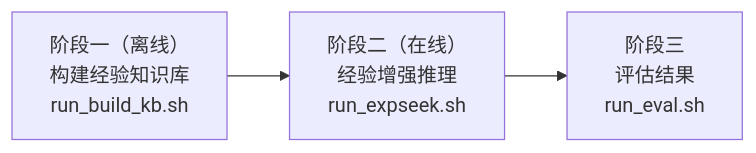
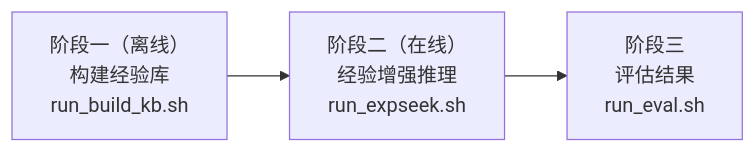
The diagram in doc/expseek_documentation_zh.md (WYRipple/ExpSeek), drawn with Mermaid before and after one commit. The commit also changed other lines of this file, not shown here.

````diff
--- a/doc/expseek_documentation_zh.md
+++ b/doc/expseek_documentation_zh.md
@@ -31,7 +31,7 @@
 ```mermaid
 graph LR
-    A["阶段一（离线）<br/>构建经验知识库<br/>run_build_kb.sh"]
+    A["阶段一（离线）<br/>构建经验库<br/>run_build_kb.sh"]
     B["阶段二（在线）<br/>经验增强推理<br/>run_expseek.sh"]
     C["阶段三<br/>评估结果<br/>run_eval.sh"]
     A --> B --> C
 ```
````
